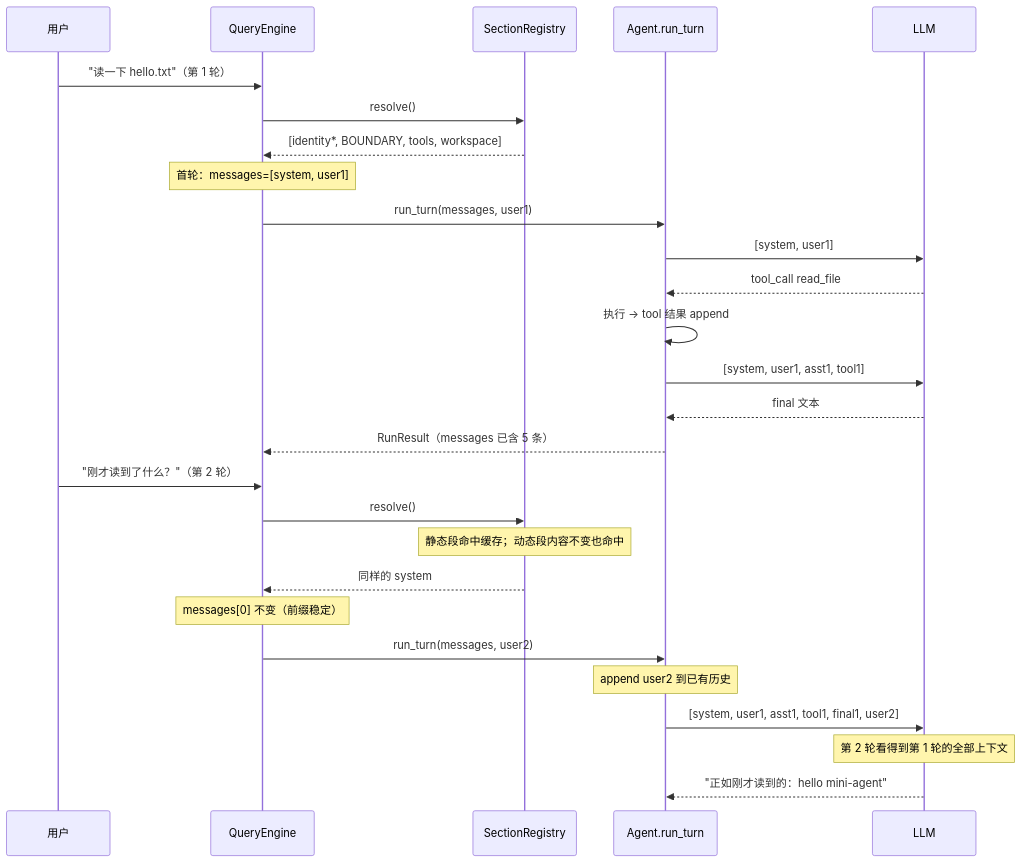
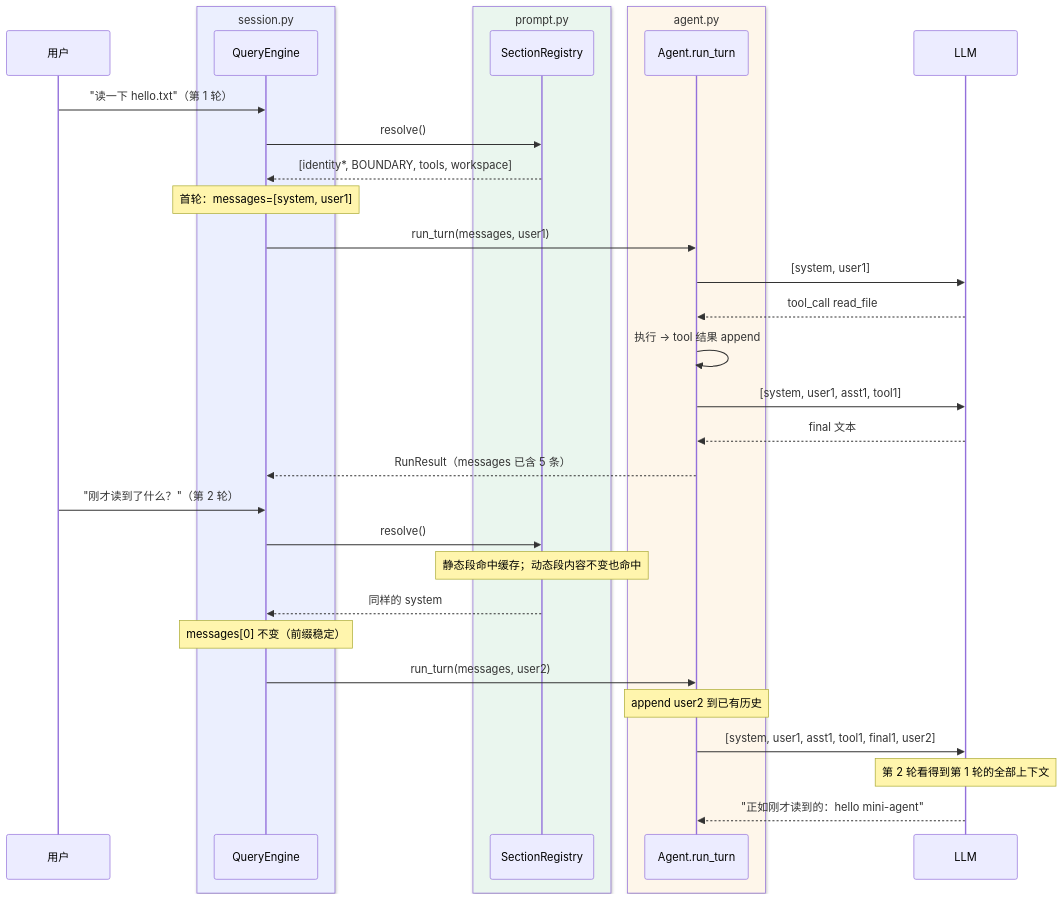
One commit to meetzouxu/agent-mini-harness changed the second of 2 diagrams in docs/iterations/05-context.md. Above: the diagram before and after it, drawn with Mermaid. The commit also changed other lines of this file and 3 other files, not shown here.

First line of the commit message:
docs: add module ownership grouping to diagrams

````diff
--- a/docs/iterations/05-context.md
+++ b/docs/iterations/05-context.md
@@ -114,30 +141,36 @@
 ```mermaid
 sequenceDiagram
     participant U as 用户
-    participant E as QueryEngine
-    participant R as SectionRegistry
-    participant A as Agent.run_turn
+    box rgb(235,239,254) session.py
+        participant E as QueryEngine
+    end
+    box rgb(234,246,238) prompt.py
+        participant R as SectionRegistry
+    end
+    box rgb(254,246,234) agent.py
+        participant A as Agent.run_turn
+    end
     participant L as LLM
 
     U->>E: "读一下 hello.txt"（第 1 轮）
     E->>R: resolve()
     R-->>E: [identity*, BOUNDARY, tools, workspace]
     Note over E: 首轮：messages=[system, user1]
     E->>A: run_turn(messages, user1)
     A->>L: [system, user1]
     L-->>A: tool_call read_file
     A->>A: 执行 → tool 结果 append
     A->>L: [system, user1, asst1, tool1]
     L-->>A: final 文本
     A-->>E: RunResult（messages 已含 5 条）
     U->>E: "刚才读到了什么？"（第 2 轮）
     E->>R: resolve()
     Note over R: 静态段命中缓存；动态段内容不变也命中
     R-->>E: 同样的 system
     Note over E: messages[0] 不变（前缀稳定）
     E->>A: run_turn(messages, user2)
     Note over A: append user2 到已有历史
     A->>L: [system, user1, asst1, tool1, final1, user2]
     Note over L: 第 2 轮看得到第 1 轮的全部上下文
     L-->>A: "正如刚才读到的：hello mini-agent"
 ```
````
